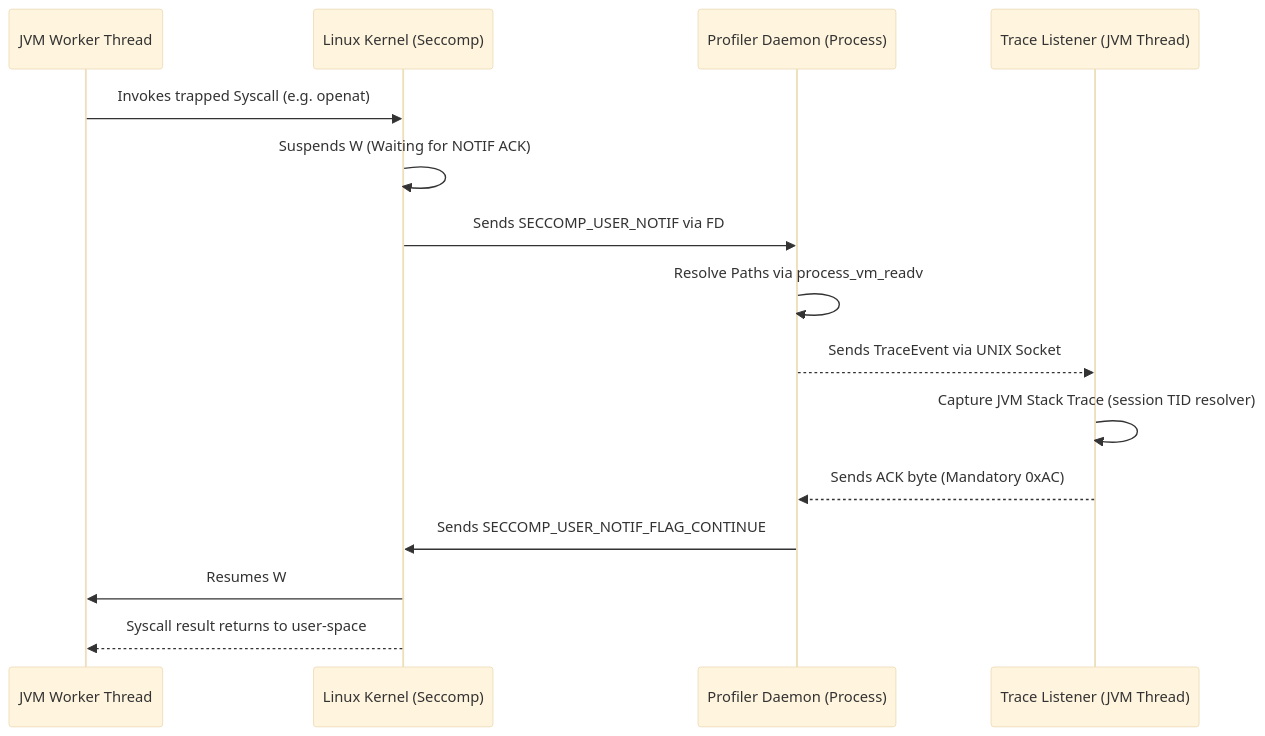
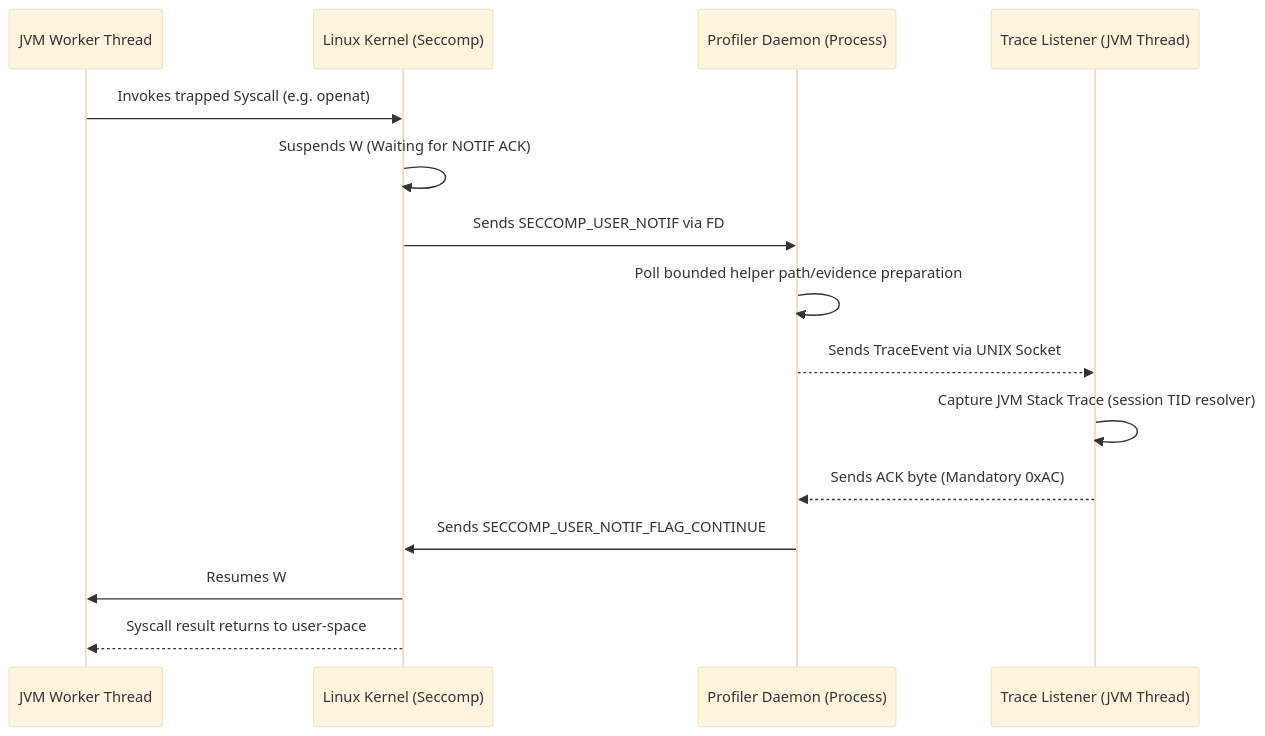
One commit to Pilleo/mazewall changed the first of 2 diagrams in docs/internals/designs/core/architectural-map.md. Above: the diagram before and after it, drawn with Mermaid (base theme). The commit also changed other lines of this file and 32 other files, not shown here.

````diff
--- a/docs/internals/designs/core/architectural-map.md
+++ b/docs/internals/designs/core/architectural-map.md
@@ -26,18 +31,18 @@
 ```mermaid
 sequenceDiagram
     participant W as JVM Worker Thread
     participant K as Linux Kernel (Seccomp)
     participant D as Profiler Daemon (Process)
     participant L as Trace Listener (JVM Thread)
 
     W->>K: Invokes trapped Syscall (e.g. openat)
     K->>K: Suspends W (Waiting for NOTIF ACK)
     K->>D: Sends SECCOMP_USER_NOTIF via FD
-    D->>D: Resolve Paths via process_vm_readv
+    D->>D: Poll bounded helper path/evidence preparation
     D-->>L: Sends TraceEvent via UNIX Socket
     L->>L: Capture JVM Stack Trace (session TID resolver)
     L-->>D: Sends ACK byte (Mandatory 0xAC)
     D->>K: Sends SECCOMP_USER_NOTIF_FLAG_CONTINUE
     K->>W: Resumes W
     K-->>W: Syscall result returns to user-space
 ```
````
